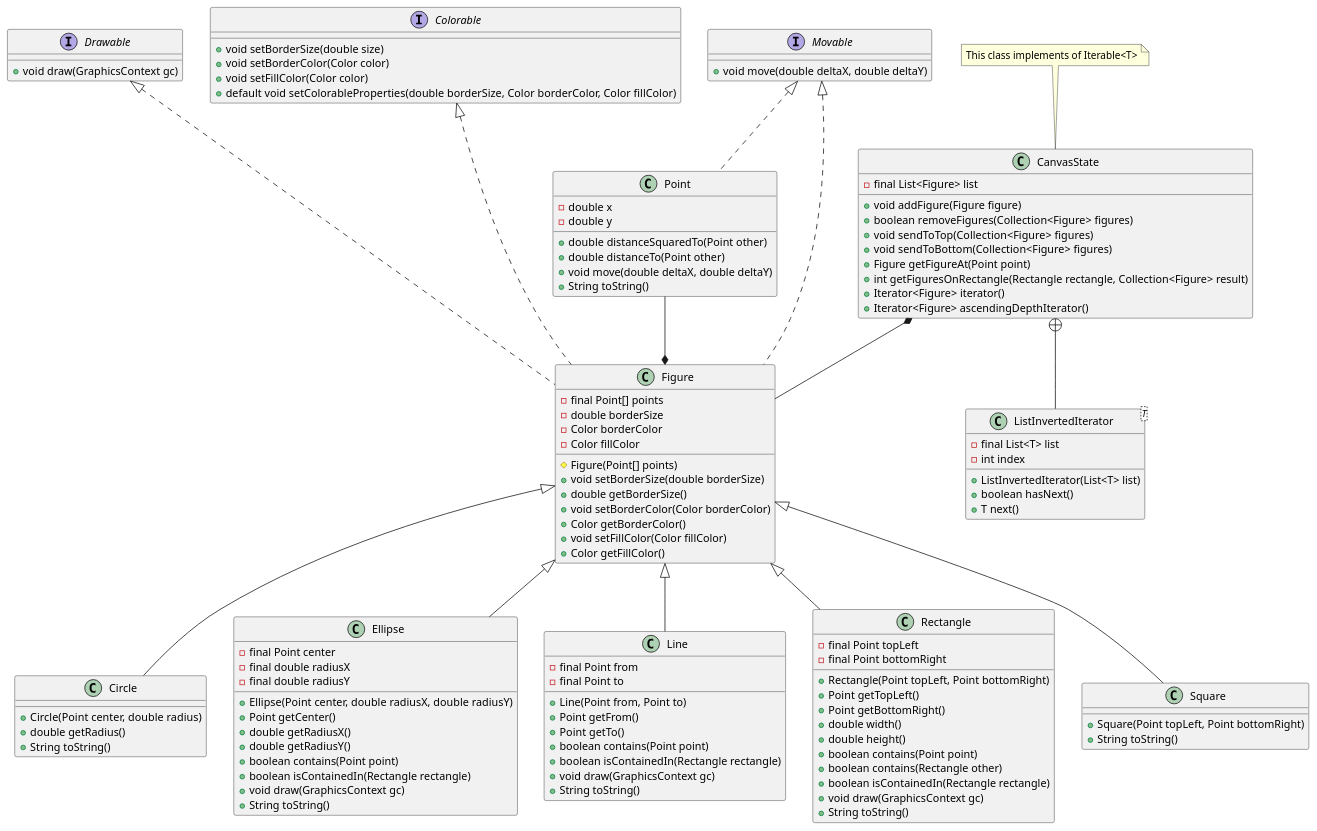
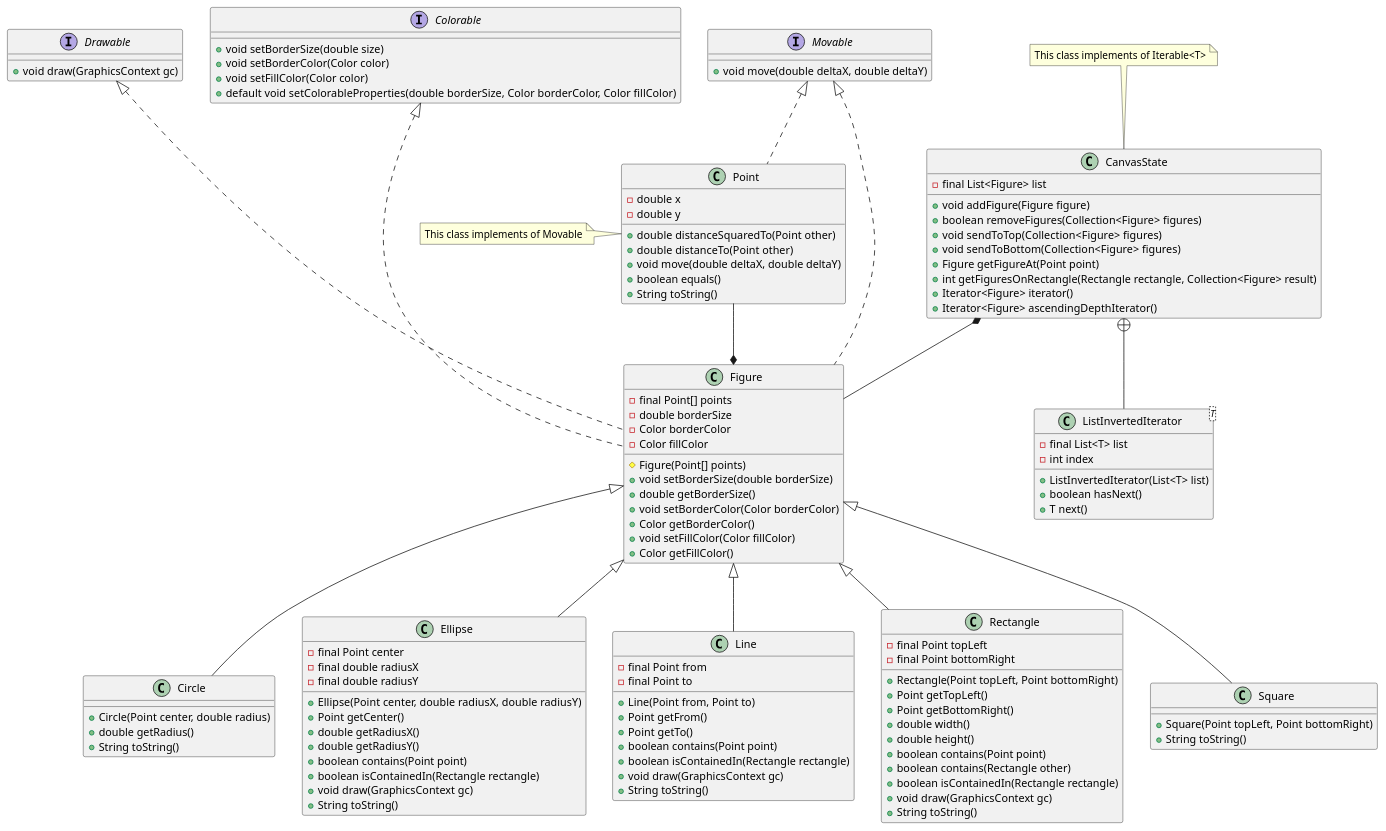
One commit to ThomasMiz/TPE-POO changed the diagram in doc/BackendUML.puml. Above: the diagram before and after it, drawn with PlantUML. The commit also changed 1 other file, not shown here.

Commit message:
Updated UML

```diff
--- a/doc/BackendUML.puml
+++ b/doc/BackendUML.puml
@@ -1,141 +1,146 @@
 @startuml
 
 interface Drawable{
 +void draw(GraphicsContext gc)
 }
 
 interface Colorable{
 +void setBorderSize(double size)
 +void setBorderColor(Color color)
 +void setFillColor(Color color)
 +default void setColorableProperties(double borderSize, Color borderColor, Color fillColor)
 }
 
 interface Movable{
 +void move(double deltaX, double deltaY)
 }
 
 Drawable -[hidden] Colorable
 Colorable -[hidden] Movable
 
 abstract class Figure{
 -final Point[] points
 -double borderSize
 -Color borderColor
 -Color fillColor
 
 #Figure(Point[] points)
 +void setBorderSize(double borderSize)
 +double getBorderSize()
 +void setBorderColor(Color borderColor)
 +Color getBorderColor()
 +void setFillColor(Color fillColor)
 +Color getFillColor()
 }
 class Figure implements Drawable
 class Figure implements Colorable
 class Figure implements Movable
 Figure *-up- Point
 
 class CanvasState{
 -final List<Figure> list
 +void addFigure(Figure figure)
 +boolean removeFigures(Collection<Figure> figures)
 +void sendToTop(Collection<Figure> figures)
 +void sendToBottom(Collection<Figure> figures)
 +Figure getFigureAt(Point point)
 +int getFiguresOnRectangle(Rectangle rectangle, Collection<Figure> result)
 +Iterator<Figure> iterator()
 +Iterator<Figure> ascendingDepthIterator()
 }
 
 CanvasState *-- Figure
 
 class ListInvertedIterator<T>{
 -final List<T> list
 -int index
 
 +ListInvertedIterator(List<T> list)
 +boolean hasNext()
 +T next()
 }
 
 CanvasState +--  ListInvertedIterator
 
 class Circle{
 +Circle(Point center, double radius)
 +double getRadius()
 +String toString()
 }
 
 class Ellipse{
 -final Point center
 -final double radiusX
 -final double radiusY
 
 +Ellipse(Point center, double radiusX, double radiusY)
 +Point getCenter()
 +double getRadiusX()
 +double getRadiusY()
 +boolean contains(Point point)
 +boolean isContainedIn(Rectangle rectangle)
 +void draw(GraphicsContext gc)
 +String toString()
 }
 
 class Line{
 -final Point from
 -final Point to
 
 +Line(Point from, Point to)
 +Point getFrom()
 +Point getTo()
 +boolean contains(Point point)
 +boolean isContainedIn(Rectangle rectangle)
 +void draw(GraphicsContext gc)
 +String toString()
 }
 
 class Point{
 -double x
 -double y
 
 +double distanceSquaredTo(Point other)
 +double distanceTo(Point other)
 +void move(double deltaX, double deltaY)
++boolean equals()
 +String toString()
 }
 
 class Point implements Movable
 
 class Rectangle{
 -final Point topLeft
 -final Point bottomRight
 
 +Rectangle(Point topLeft, Point bottomRight)
 +Point getTopLeft()
 +Point getBottomRight()
 +double width()
 +double height()
 +boolean contains(Point point)
 +boolean contains(Rectangle other)
 +boolean isContainedIn(Rectangle rectangle)
 +void draw(GraphicsContext gc)
 +String toString()
 }
 
 class Square{
 +Square(Point topLeft, Point bottomRight)
 +String toString()
 }
 
 class Circle extends Figure
 class Ellipse extends Figure
 class Rectangle extends Figure
 class Square extends Figure
 class Line extends Figure
 
 note top of CanvasState
 This class implements of Iterable<T>
 end note
+
+note left of Point
+This class implements of Movable
+end note
 @enduml
```
